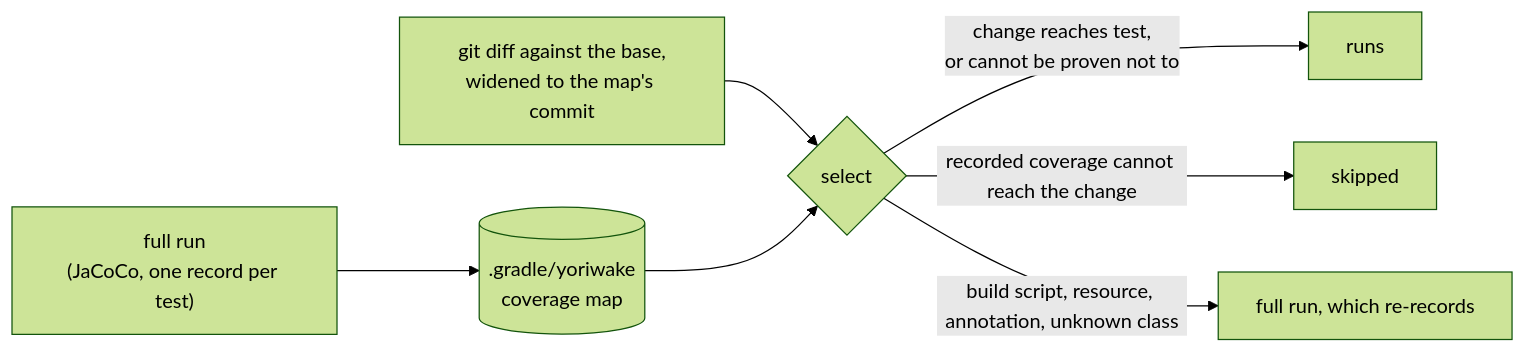
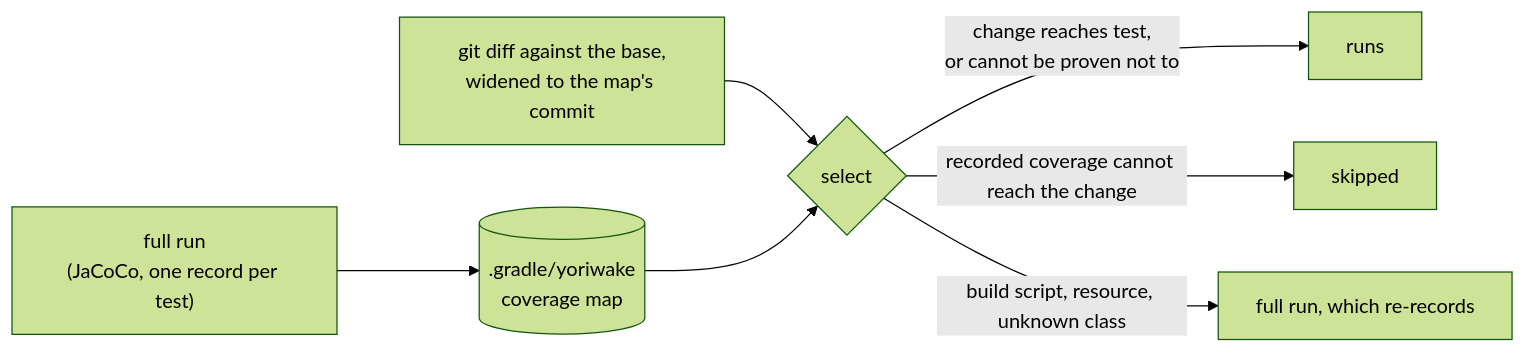
One commit to zeuspizza/yoriwake changed the diagram in README.md. Above: the diagram before and after it, drawn with Mermaid (forest theme). The commit also changed other lines of this file and 17 other files, not shown here.

````diff
--- a/README.md
+++ b/README.md
@@ -120,9 +120,9 @@
 ```mermaid
 flowchart LR
     A["full run<br>(JaCoCo, one record per test)"] --> M[(".gradle/yoriwake<br>coverage map")]
     D["git diff against the base,<br>widened to the map's commit"] --> S{"select"}
     M --> S
     S -->|"change reaches test,<br>or cannot be proven not to"| R["runs"]
     S -->|"recorded coverage cannot reach the change"| K["skipped"]
-    S -->|"build script, resource, annotation, unknown class"| F["full run, which re-records"]
+    S -->|"build script, resource, unknown class"| F["full run, which re-records"]
 ```
````
